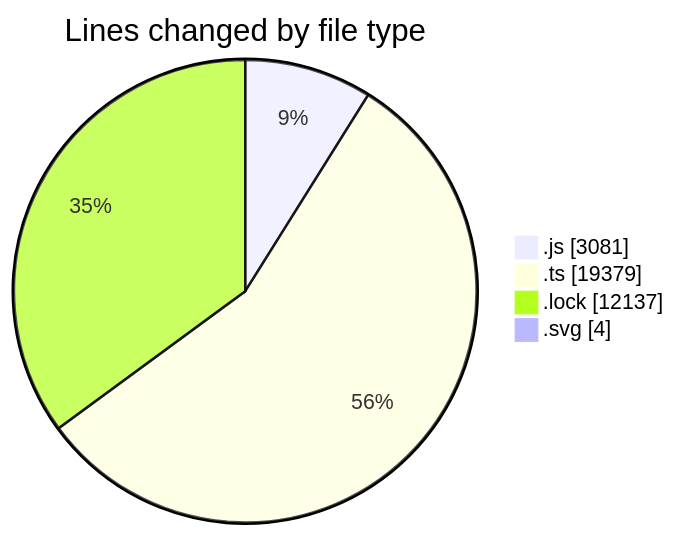
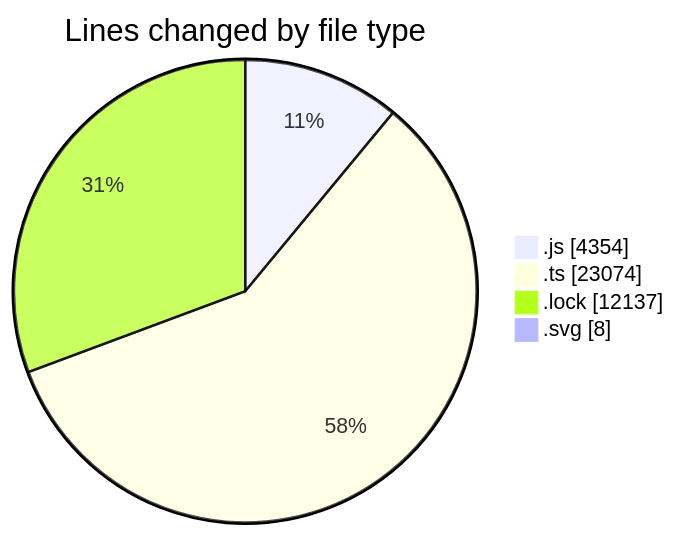
The first of 2 diagrams in 2025-08-12/cda/README.md (momahboobian/code-tracking), drawn with Mermaid before and after one commit. The commit also changed other lines of this file and 1 other file, not shown here.

````diff
--- a/2025-08-12/cda/README.md
+++ b/2025-08-12/cda/README.md
@@ -42,8 +42,8 @@
 ```mermaid
 pie showData
 title Lines changed by file type
-".js" : 3081
-".ts" : 19379
+".js" : 4354
+".ts" : 23074
 ".lock" : 12137
-".svg" : 4
+".svg" : 8
 ```
````
